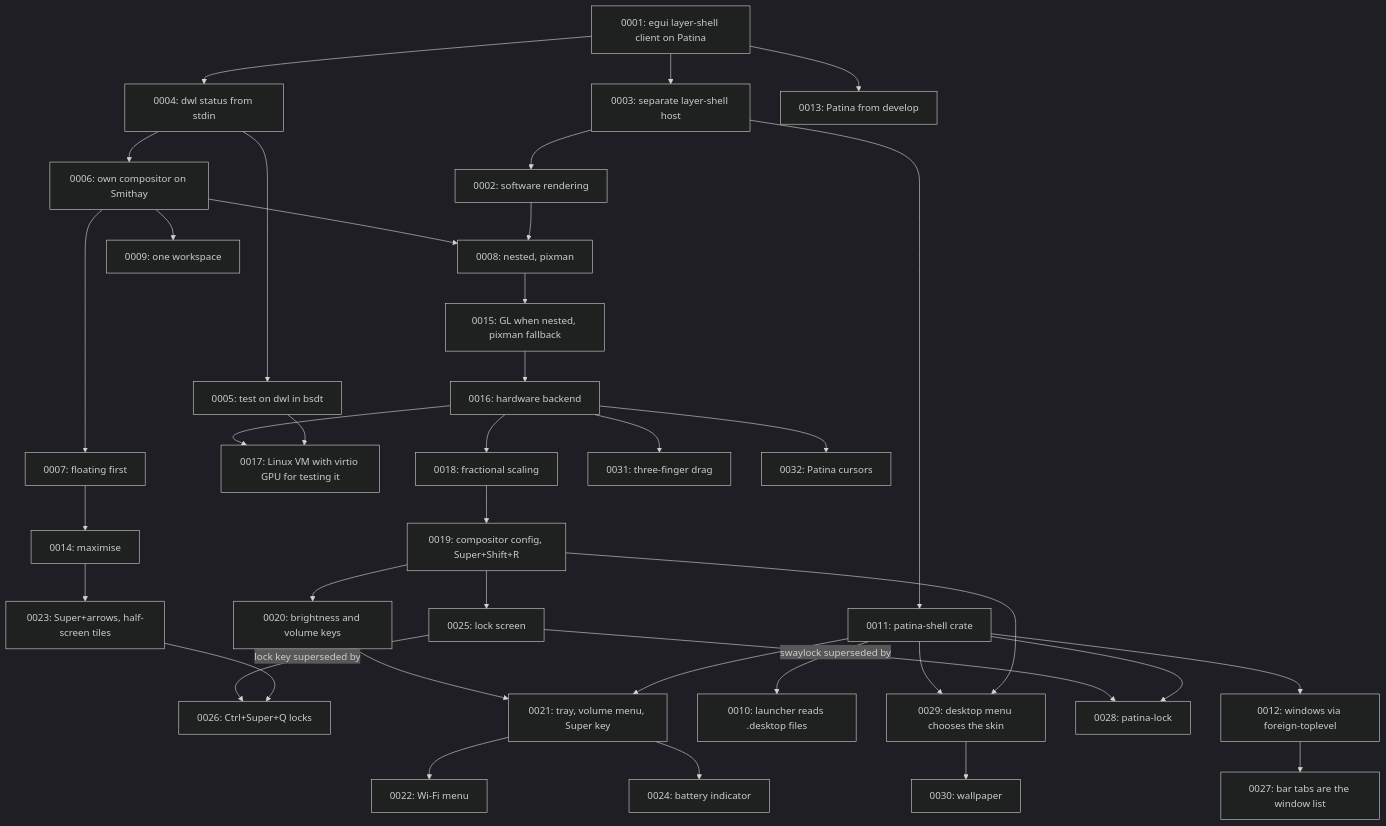
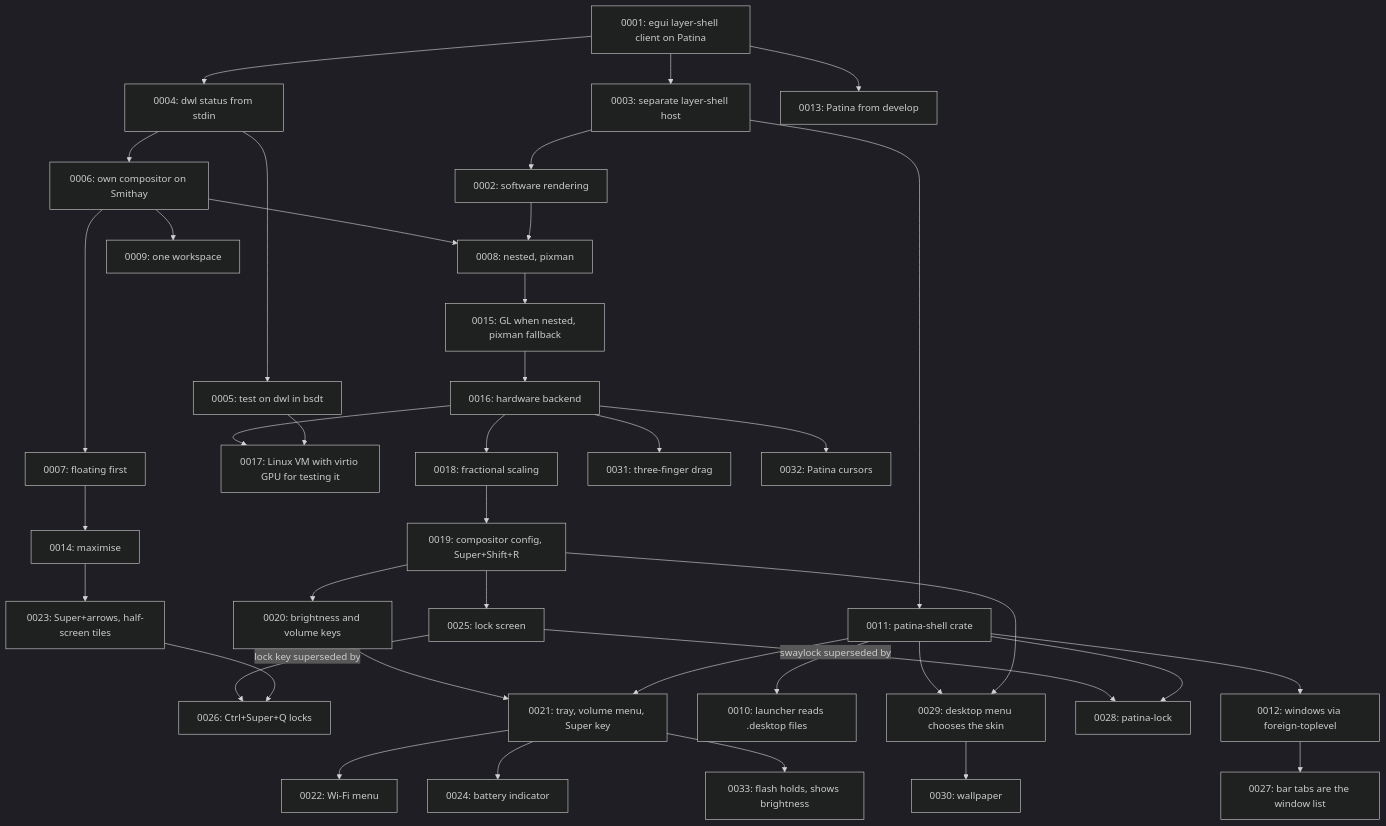
One commit to Sector-F-Labs/patina-desktop changed the diagram in docs/adr/README.md. Above: the diagram before and after it, drawn with Mermaid (dark theme). The commit also changed other lines of this file and 12 other files, not shown here.

````diff
--- a/docs/adr/README.md
+++ b/docs/adr/README.md
@@ -80,40 +81,41 @@
 ```mermaid
 flowchart TD
     A[0001: egui layer-shell client on Patina] --> B[0003: separate layer-shell host]
     B --> C[0002: software rendering]
     A --> D[0004: dwl status from stdin]
     D --> E[0005: test on dwl in bsdt]
     D --> F[0006: own compositor on Smithay]
     F --> G[0007: floating first]
     G --> N[0014: maximise]
     N --> W[0023: Super+arrows, half-screen tiles]
     F --> H[0008: nested, pixman]
     H --> O[0015: GL when nested, pixman fallback]
     O --> P[0016: hardware backend]
     P --> Q[0017: Linux VM with virtio GPU for testing it]
     P --> R[0018: fractional scaling]
     R --> S[0019: compositor config, Super+Shift+R]
     S --> T[0020: brightness and volume keys]
     S --> Y[0025: lock screen]
     Y -->|lock key superseded by| Z[0026: Ctrl+Super+Q locks]
     W --> Z
     T --> U[0021: tray, volume menu, Super key]
     U --> V[0022: Wi-Fi menu]
     U --> X[0024: battery indicator]
     K --> U
     E --> Q
     C --> H
     F --> I[0009: one workspace]
     B --> K[0011: patina-shell crate]
     K --> J[0010: launcher reads .desktop files]
     K --> L[0012: windows via foreign-toplevel]
     L --> AA[0027: bar tabs are the window list]
     Y -->|swaylock superseded by| AB[0028: patina-lock]
     K --> AB
     K --> AC[0029: desktop menu chooses the skin]
     S --> AC
     AC --> AD[0030: wallpaper]
     P --> AE[0031: three-finger drag]
     P --> AF[0032: Patina cursors]
+    U --> AG[0033: flash holds, shows brightness]
     A --> M[0013: Patina from develop]
 ```
````
